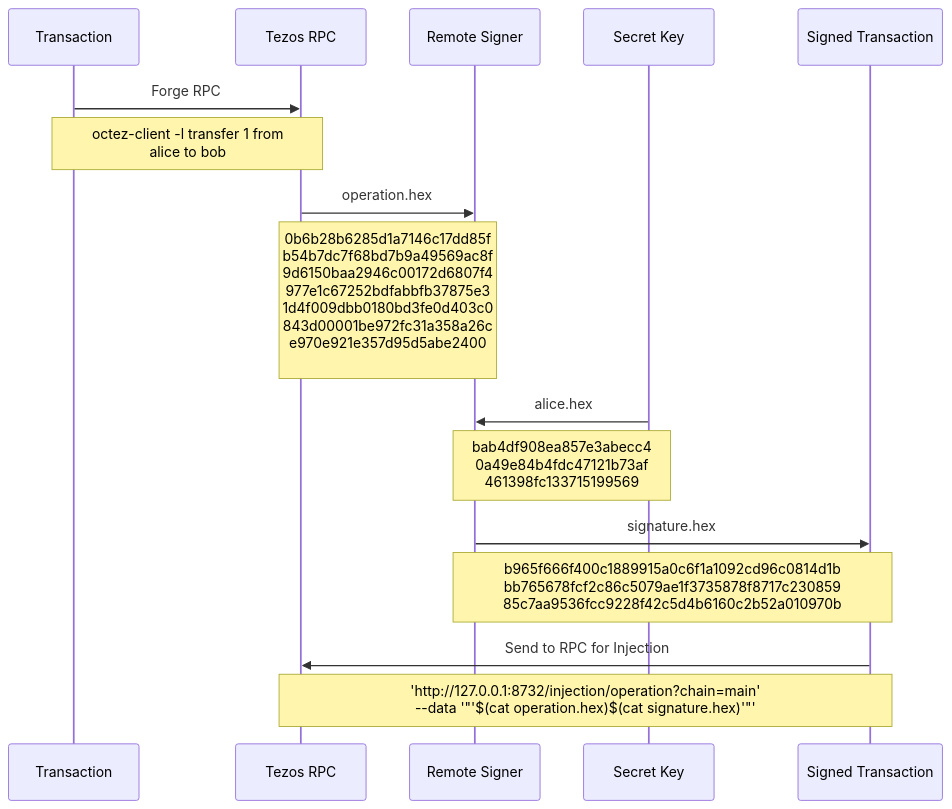
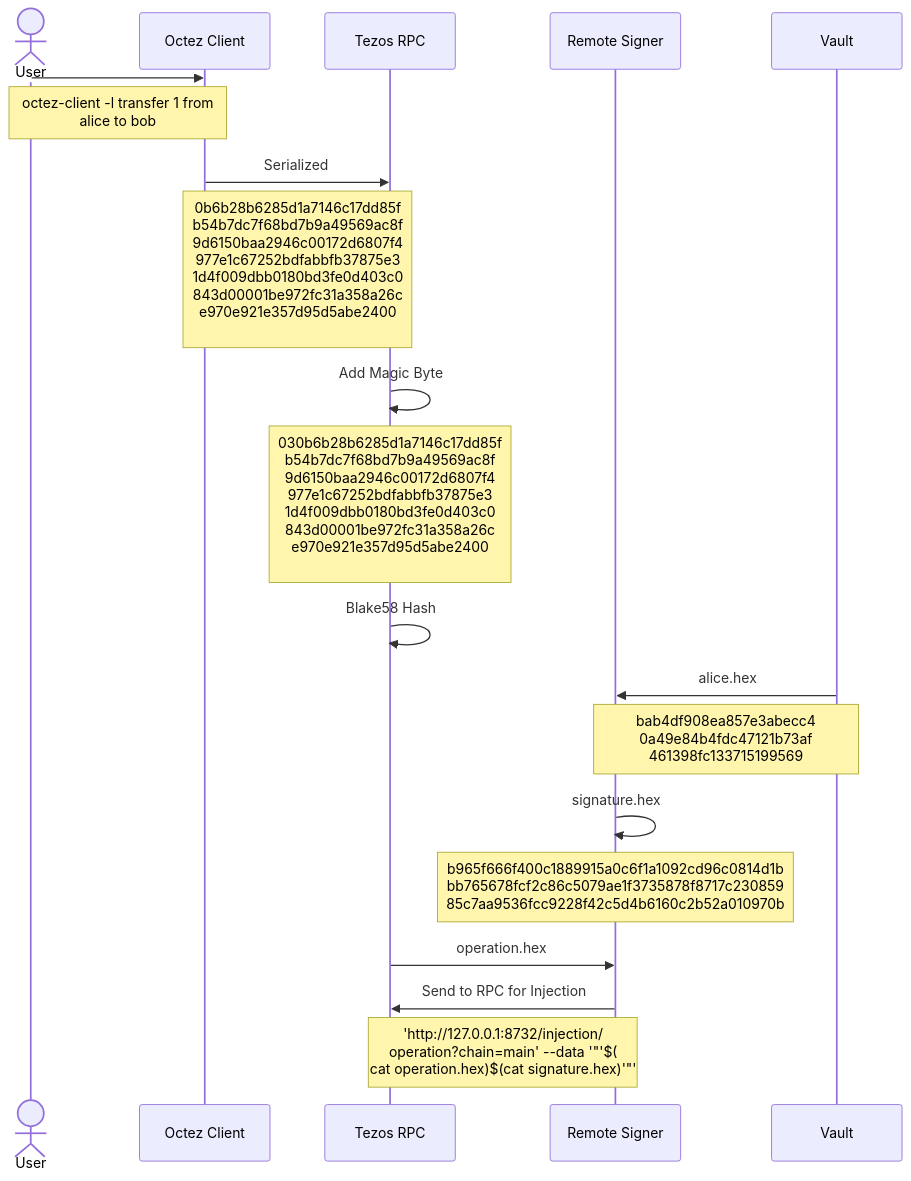
One commit to ecadlabs/signatory changed the fifth of 5 diagrams in docs/signatory-architecture.md. Above: the diagram before and after it, drawn with Mermaid. The commit also changed other lines of this file, not shown here.

Commit message:
diagram refinements

````diff
--- a/docs/signatory-architecture.md
+++ b/docs/signatory-architecture.md
@@ -273,19 +273,23 @@
 ```mermaid
 sequenceDiagram
-    participant T as Transaction
+    actor U as User
+    participant OC as Octez Client
     participant TR as Tezos RPC
     participant RS as Remote Signer
-    participant SK as Secret Key
-    participant ST as Signed Transaction
-    T->>TR: Forge RPC
-    Note over T,TR : octez-client -l transfer 1 from<br>alice to bob 
+    participant V as Vault
+    U->>OC: 
+    Note over U, OC : octez-client -l transfer 1 from<br>alice to bob 
+    OC->>TR: Serialized
+        Note over OC,TR: 0b6b28b6285d1a7146c17dd85f<br>b54b7dc7f68bd7b9a49569ac8f<br>9d6150baa2946c00172d6807f4<br>977e1c67252bdfabbfb37875e3<br>1d4f009dbb0180bd3fe0d403c0<br>843d00001be972fc31a358a26c<br>e970e921e357d95d5abe2400<br>
+    TR->>TR: Add Magic Byte
+            Note over TR: 030b6b28b6285d1a7146c17dd85f<br>b54b7dc7f68bd7b9a49569ac8f<br>9d6150baa2946c00172d6807f4<br>977e1c67252bdfabbfb37875e3<br>1d4f009dbb0180bd3fe0d403c0<br>843d00001be972fc31a358a26c<br>e970e921e357d95d5abe2400<br>
+    TR->>TR: Blake58 Hash
+    V->>RS : alice.hex
+    Note over V, RS: bab4df908ea857e3abecc4<br>0a49e84b4fdc47121b73af<br>461398fc133715199569
+    RS->>RS: signature.hex
+    Note over RS: b965f666f400c1889915a0c6f1a1092cd96c0814d1b<br>bb765678fcf2c86c5079ae1f3735878f8717c230859<br>85c7aa9536fcc9228f42c5d4b6160c2b52a010970b
     TR->>RS: operation.hex
-    Note over TR,RS: 0b6b28b6285d1a7146c17dd85f<br>b54b7dc7f68bd7b9a49569ac8f<br>9d6150baa2946c00172d6807f4<br>977e1c67252bdfabbfb37875e3<br>1d4f009dbb0180bd3fe0d403c0<br>843d00001be972fc31a358a26c<br>e970e921e357d95d5abe2400<br>
-    SK->>RS : alice.hex
-    Note over SK, RS: bab4df908ea857e3abecc4<br>0a49e84b4fdc47121b73af<br>461398fc133715199569
-    RS->>ST: signature.hex
-    Note over RS,ST: b965f666f400c1889915a0c6f1a1092cd96c0814d1b<br>bb765678fcf2c86c5079ae1f3735878f8717c230859<br>85c7aa9536fcc9228f42c5d4b6160c2b52a010970b
-    ST->>TR: Send to RPC for Injection
-    Note over ST,TR :  'http://127.0.0.1:8732/injection/operation?chain=main' <br>--data '"'$(cat operation.hex)$(cat signature.hex)'"'
+RS->>TR: Send to RPC for Injection
+    Note over RS,TR :  'http://127.0.0.1:8732/injection/<br>operation?chain=main' --data '"'$(<br>cat operation.hex)$(cat signature.hex)'"'
     
 ```
````
